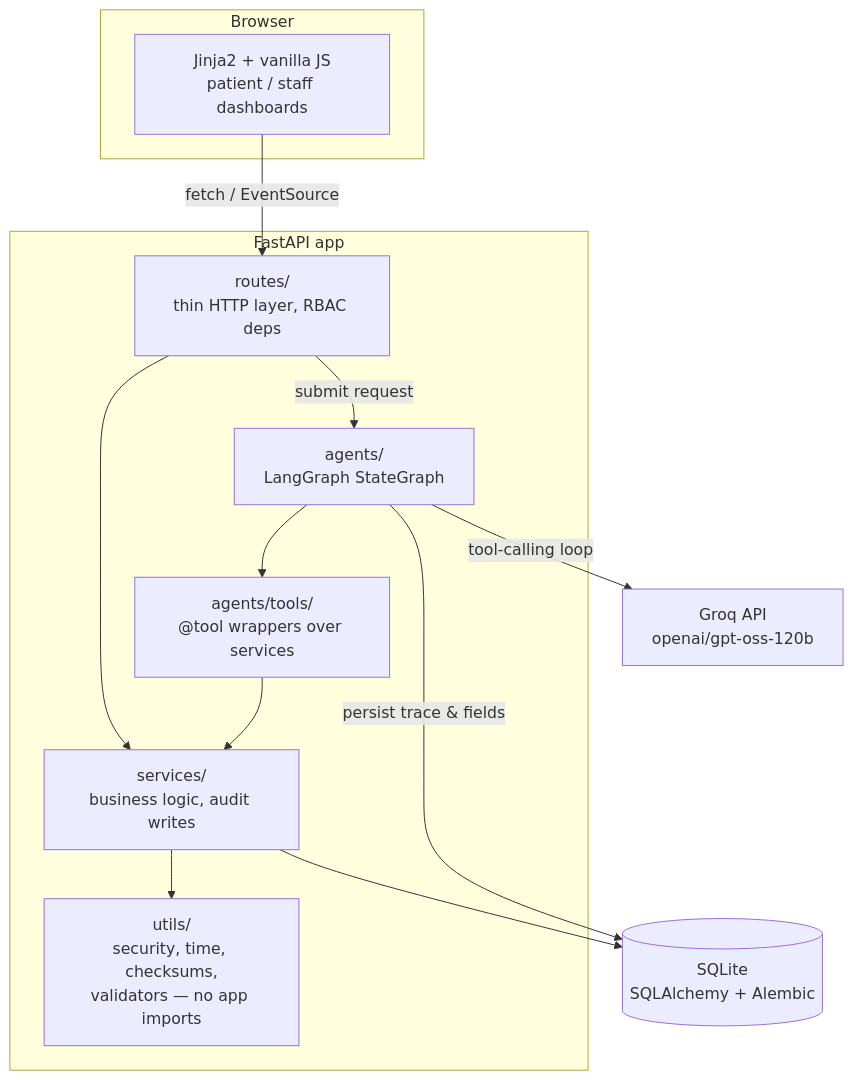
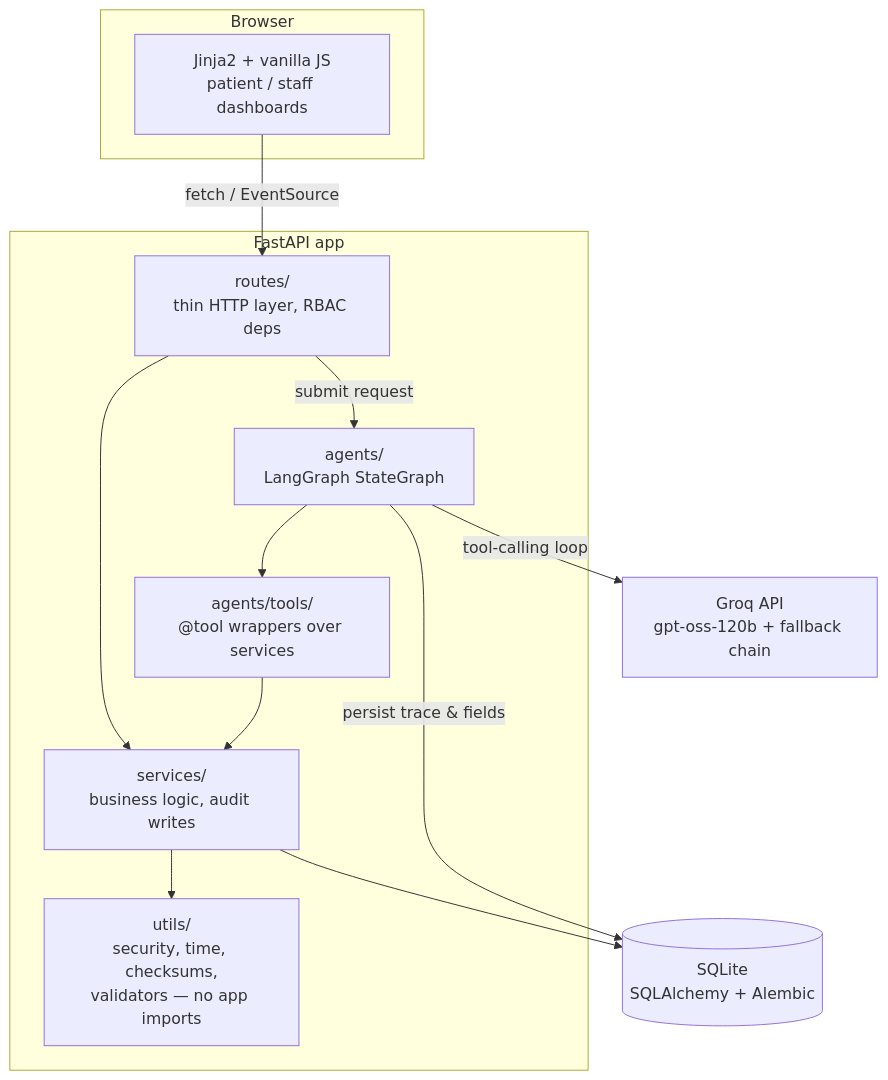
Before and after one commit to madhih2000/AgentCare: the first of 3 diagrams in README.md, drawn with Mermaid. The commit also changed other lines of this file, not shown here.

````diff
--- a/README.md
+++ b/README.md
@@ -54,27 +54,27 @@
 ```mermaid
 graph TB
     subgraph Client["Browser"]
         UI[Jinja2 + vanilla JS<br/>patient / staff dashboards]
     end
 
     subgraph API["FastAPI app"]
         Routes["routes/<br/>thin HTTP layer, RBAC deps"]
         Services["services/<br/>business logic, audit writes"]
         Utils["utils/<br/>security, time, checksums,<br/>validators — no app imports"]
         Agents["agents/<br/>LangGraph StateGraph"]
         Tools["agents/tools/<br/>@tool wrappers over services"]
     end
 
-    LLM["Groq API<br/>openai/gpt-oss-120b"]
+    LLM["Groq API<br/>gpt-oss-120b + fallback chain"]
     DB[(SQLite<br/>SQLAlchemy + Alembic)]
 
     UI -->|fetch / EventSource| Routes
     Routes --> Services
     Routes -->|submit request| Agents
     Services --> Utils
     Agents --> Tools
     Tools --> Services
     Agents -->|tool-calling loop| LLM
     Services --> DB
     Agents -->|persist trace & fields| DB
 ```
````
